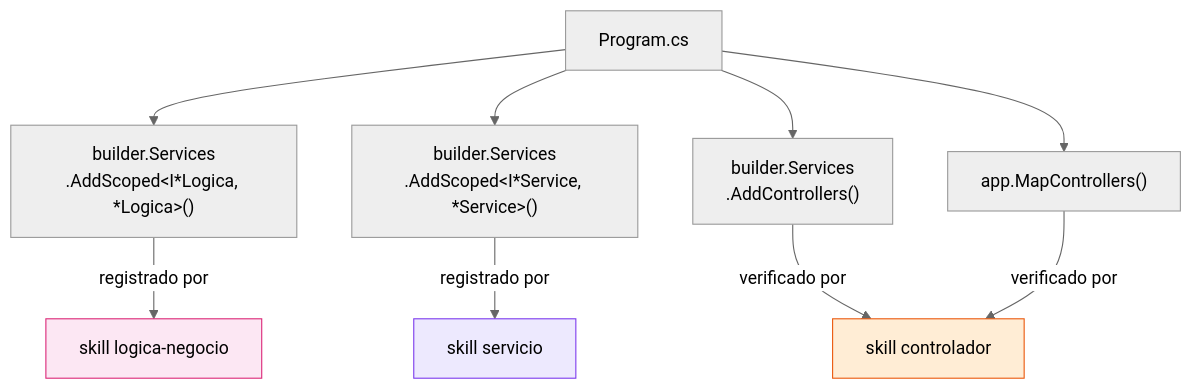
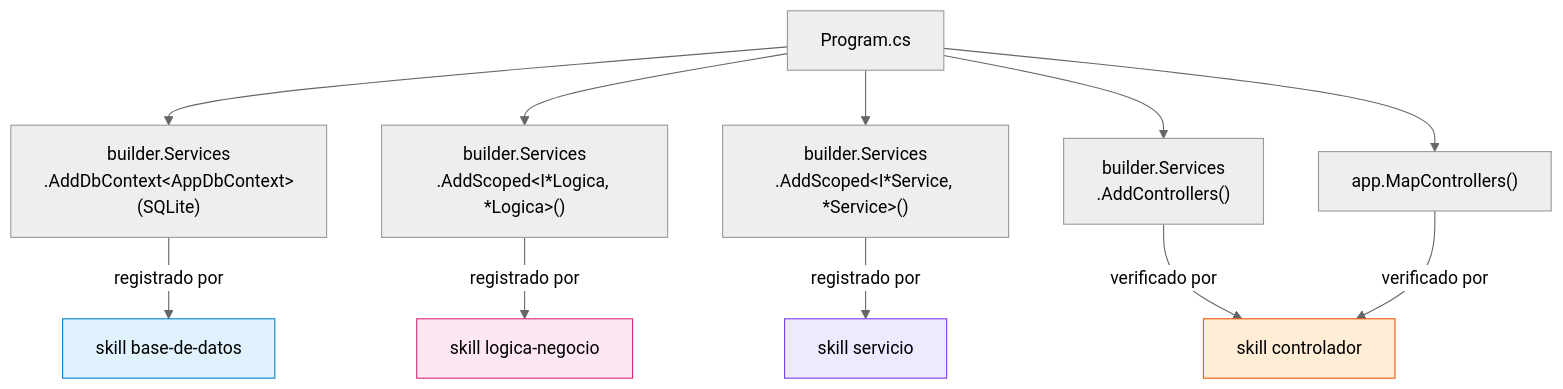
The fifth of 6 diagrams in docs/skills-orquestacion.md (hispafox/DemoCopilot), drawn with Mermaid (neutral theme) before and after one commit. The commit also changed other lines of this file and 4 other files, not shown here.

First line of the commit message:
feat(skills): añadir skills base-de-datos y validaciones; actualizar documentación

````diff
--- a/docs/skills-orquestacion.md
+++ b/docs/skills-orquestacion.md
@@ -171,23 +198,27 @@
 ```mermaid
 flowchart TD
     PR["Program.cs"]
 
+    BD_REG["builder.Services\n.AddDbContext&lt;AppDbContext&gt;(SQLite)"]
     LN_REG["builder.Services\n.AddScoped&lt;I*Logica, *Logica&gt;()"]
     SV_REG["builder.Services\n.AddScoped&lt;I*Service, *Service&gt;()"]
     CT_REG["builder.Services\n.AddControllers()"]
     MAP["app.MapControllers()"]
 
+    PR --> BD_REG
     PR --> LN_REG
     PR --> SV_REG
     PR --> CT_REG
     PR --> MAP
 
+    BD_REG -->|"registrado por"| SK_BD["skill base-de-datos"]
     LN_REG -->|"registrado por"| SK_LN["skill logica-negocio"]
     SV_REG -->|"registrado por"| SK_SV["skill servicio"]
     CT_REG -->|"verificado por"| SK_CT["skill controlador"]
     MAP    -->|"verificado por"| SK_CT
 
+    style SK_BD fill:#e0f2fe,stroke:#0284c7
     style SK_LN fill:#fce7f3,stroke:#db2777
     style SK_SV fill:#ede9fe,stroke:#7c3aed
     style SK_CT fill:#ffedd5,stroke:#ea580c
 ```
````
